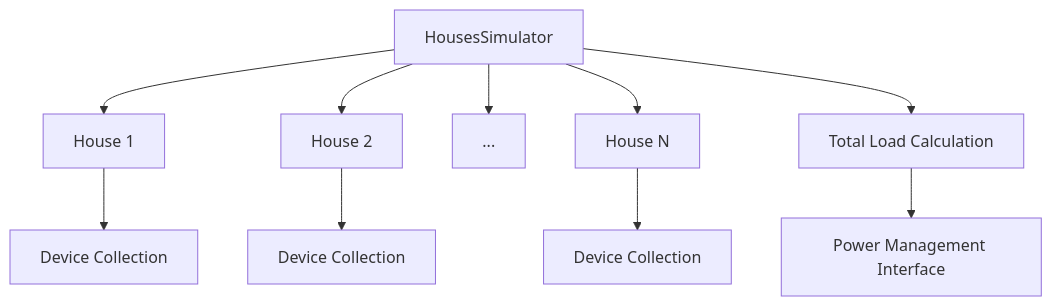
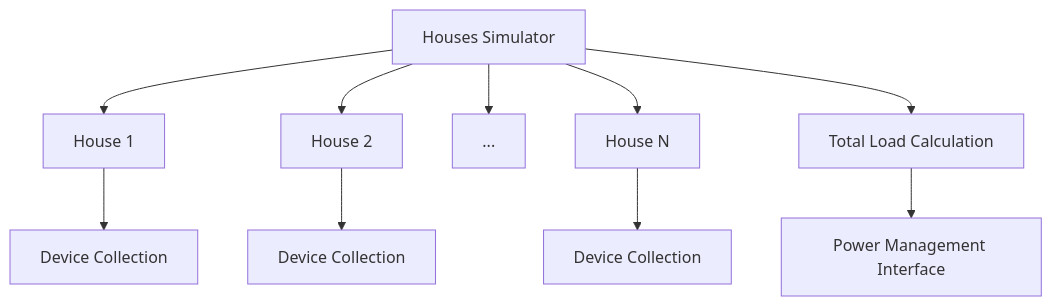
The diagram in docs/_static/graphs/rsgp_hs_workflow.mmd (ezAldinWaez/residential-smart-grid-prototype), drawn with Mermaid before and after one commit. The commit also changed 5 other files, not shown here.

```diff
--- a/docs/_static/graphs/rsgp_hs_workflow.mmd
+++ b/docs/_static/graphs/rsgp_hs_workflow.mmd
@@ -1,8 +1,8 @@
 graph TD
 
-  HS[HousesSimulator]
+  HS[Houses Simulator]
   HS --> HS_H1[House 1] --> HS_H1_D[Device Collection]
   HS --> HS_H2[House 2] --> HS_H2_D[Device Collection]
   HS --> HS_HK[...]
   HS --> HS_HN[House N] --> HS_HN_D[Device Collection]
   HS --> TLC[Total Load Calculation] --> PMI[Power Management Interface]
```
